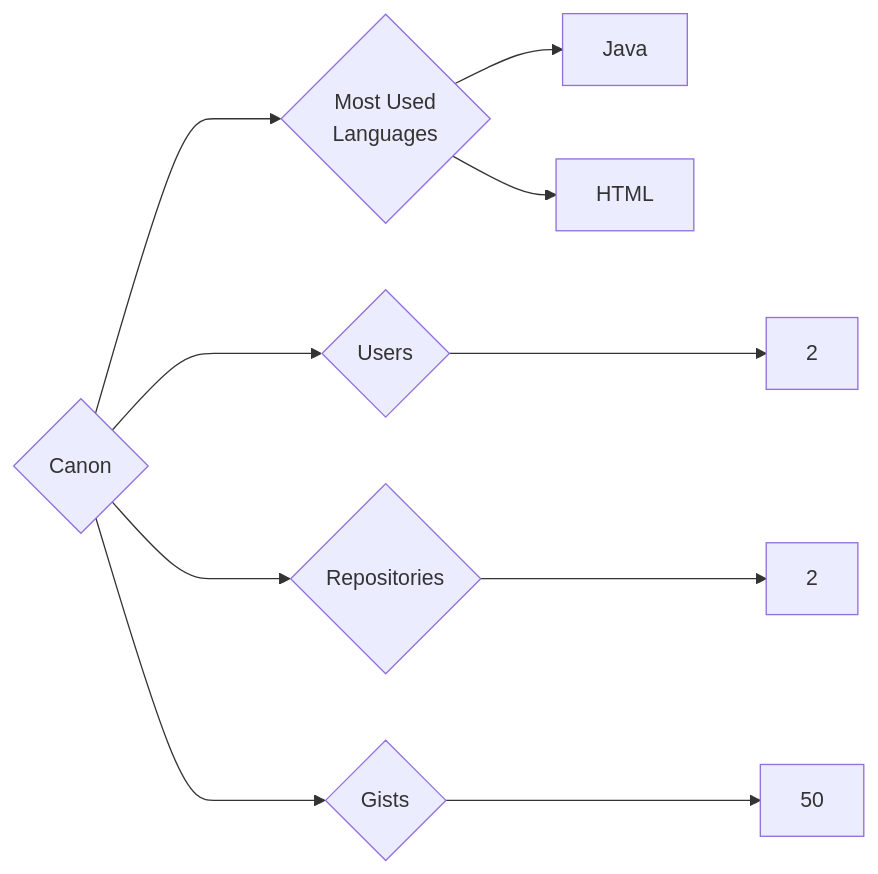
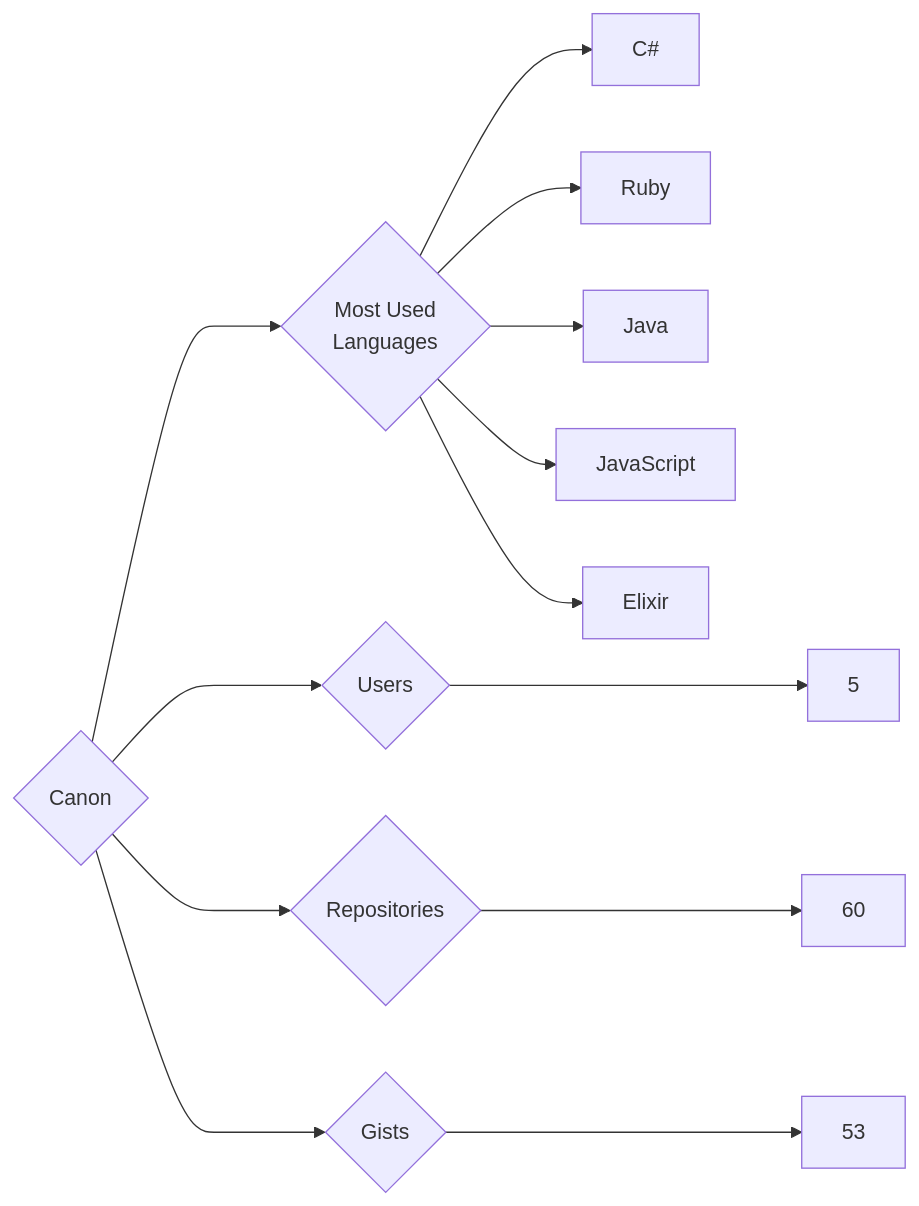
The diagram in targets/Canon/README.md (trickest/insiders), drawn with Mermaid before and after one commit. The commit also changed 1166 other files, not shown here.

````diff
--- a/targets/Canon/README.md
+++ b/targets/Canon/README.md
@@ -3,10 +3,13 @@
 ```mermaid
 graph LR
 COMPANY_NAME{Canon}
-COMPANY_NAME ---> U{Users} ---> UN[2]
-COMPANY_NAME ---> R{Repositories} ---> RN[2]
-COMPANY_NAME ---> G{Gists} ---> GN[50]
+COMPANY_NAME ---> U{Users} ---> UN[5]
+COMPANY_NAME ---> R{Repositories} ---> RN[60]
+COMPANY_NAME ---> G{Gists} ---> GN[53]
 COMPANY_NAME ---> ML{Most Used<br>Languages}
+ML --> C#[C#]
+ML --> Ruby[Ruby]
 ML --> Java[Java]
-ML --> HTML[HTML]
+ML --> JavaScript[JavaScript]
+ML --> Elixir[Elixir]
 ```
````
